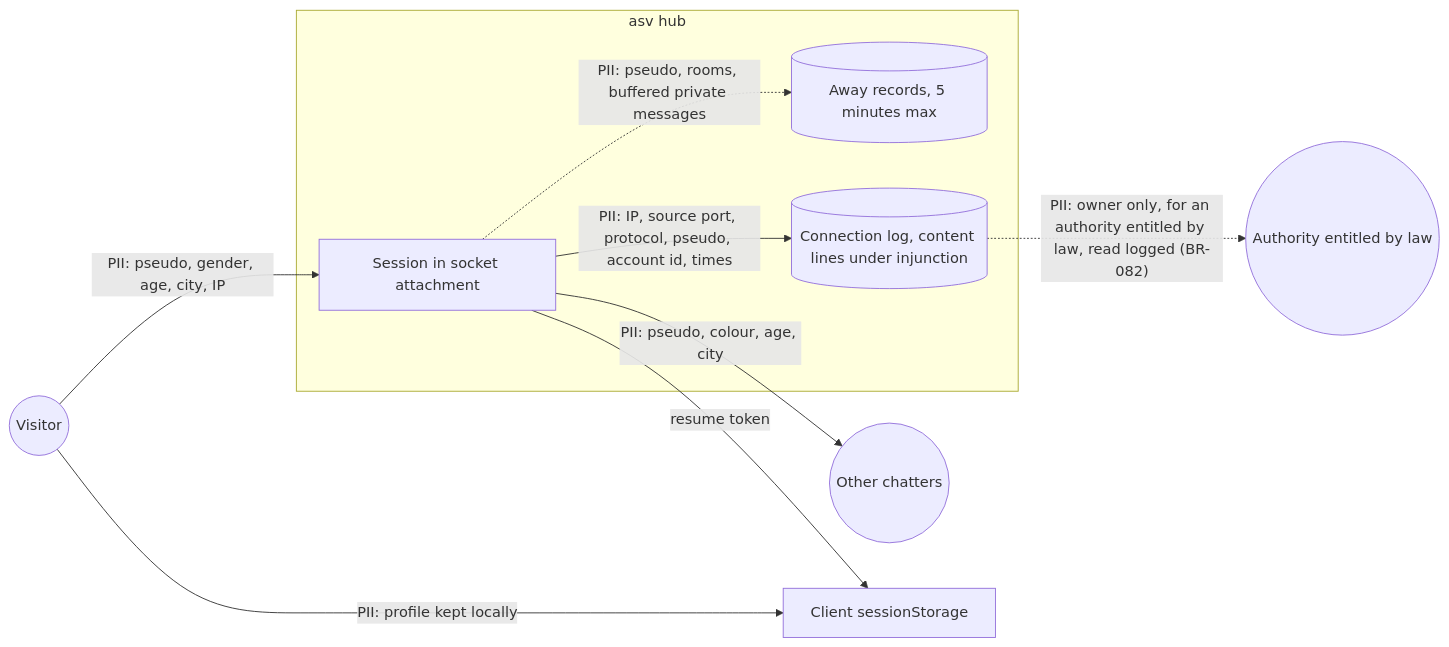
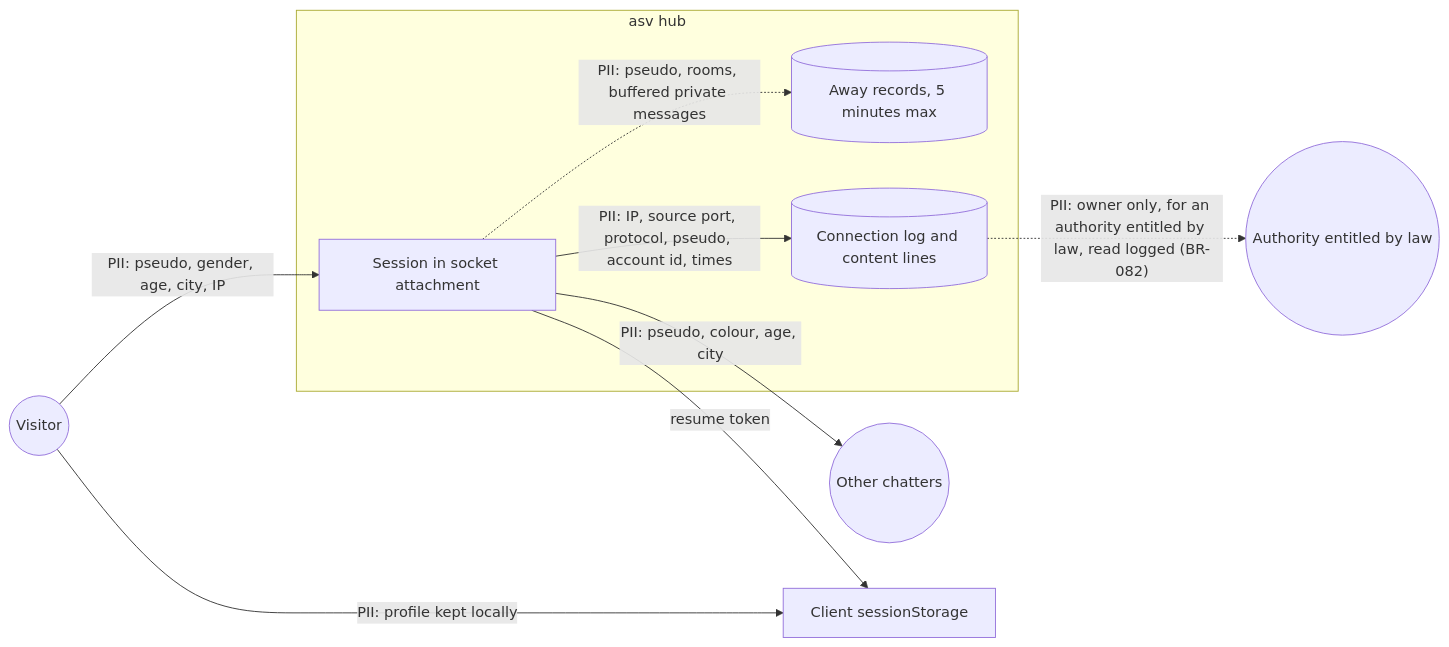
The diagram in docs/architecture/diagrams/entry/06-data-flow.md (benoit-bremaud/asv), drawn with Mermaid before and after one commit. The commit also changed other lines of this file and 16 other files, not shown here.

````diff
--- a/docs/architecture/diagrams/entry/06-data-flow.md
+++ b/docs/architecture/diagrams/entry/06-data-flow.md
@@ -13,19 +13,19 @@
 ```mermaid
 flowchart LR
   Visitor(("Visitor"))
   Others(("Other chatters"))
   Authority(("Authority entitled by law"))
   subgraph asv ["asv hub"]
     Sess["Session in socket attachment"]
     Away[("Away records, 5 minutes max")]
-    Logs[("Connection log, content lines under injunction")]
+    Logs[("Connection log and content lines")]
   end
   Client["Client sessionStorage"]
   Visitor -->|"PII: pseudo, gender, age, city, IP"| Sess
   Sess -->|"PII: IP, source port, protocol, pseudo, account id, times"| Logs
   Sess -->|"resume token"| Client
   Visitor -->|"PII: profile kept locally"| Client
   Sess -->|"PII: pseudo, colour, age, city"| Others
   Sess -.->|"PII: pseudo, rooms, buffered private messages"| Away
   Logs -.->|"PII: owner only, for an authority entitled by law, read logged (BR-082)"| Authority
 ```
````
